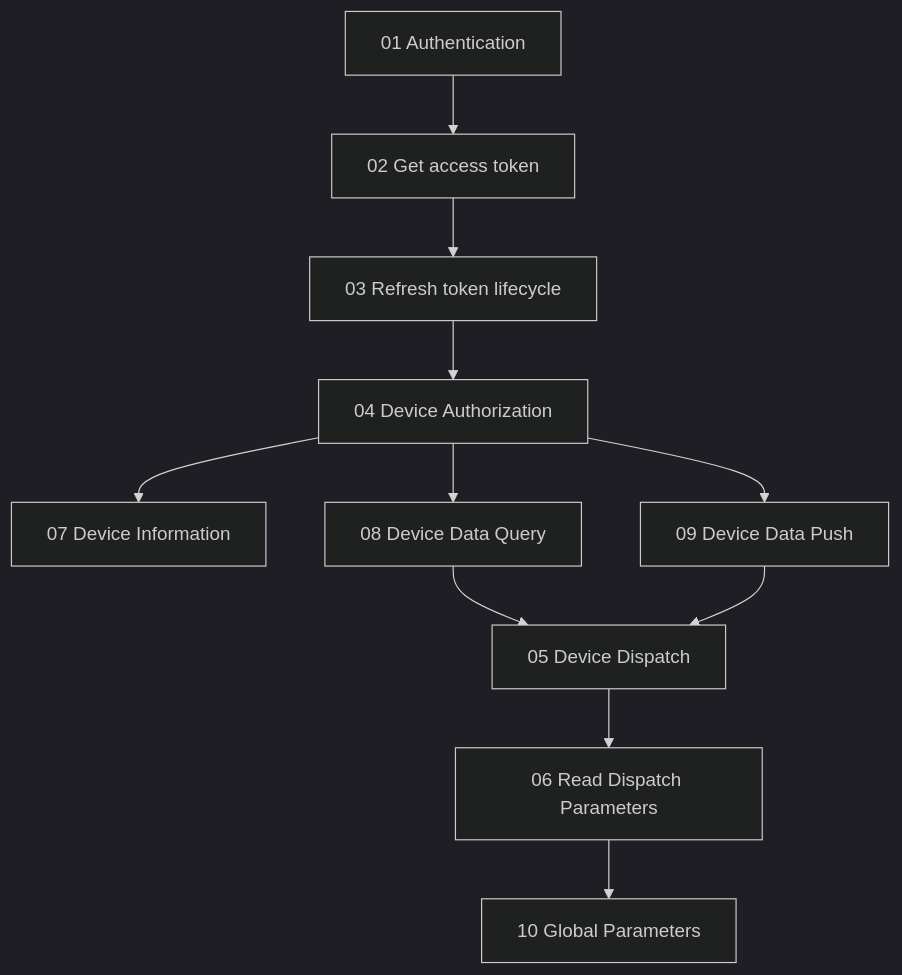
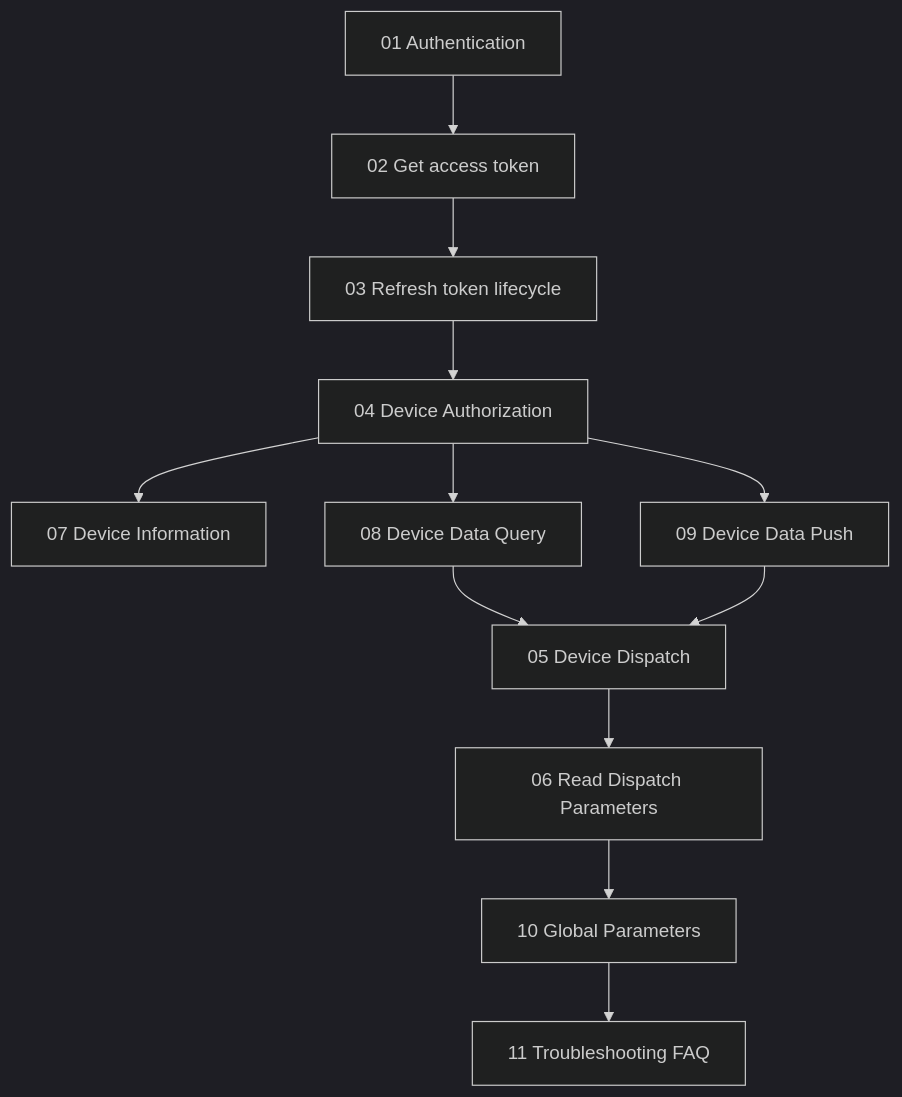
The first of 2 diagrams in Growatt API/OPENAPI/README.md (EugeneJian/growatt-unified-api), drawn with Mermaid (dark theme) before and after one commit. The commit also changed other lines of this file and 14 other files, not shown here.

````diff
--- a/Growatt API/OPENAPI/README.md
+++ b/Growatt API/OPENAPI/README.md
@@ -9,14 +9,15 @@
 ```mermaid
 %% 本代码严格遵循AI生成Mermaid代码的终极准则v4.1（Mermaid终极大师）
 flowchart TD
     A["01 Authentication"] --> B["02 Get access token"]
     B --> C["03 Refresh token lifecycle"]
     C --> D["04 Device Authorization"]
     D --> E["07 Device Information"]
     D --> F["08 Device Data Query"]
     D --> G["09 Device Data Push"]
     F --> H["05 Device Dispatch"]
     H --> I["06 Read Dispatch Parameters"]
     G --> H
     I --> J["10 Global Parameters"]
+    J --> K["11 Troubleshooting FAQ"]
 ```
````
